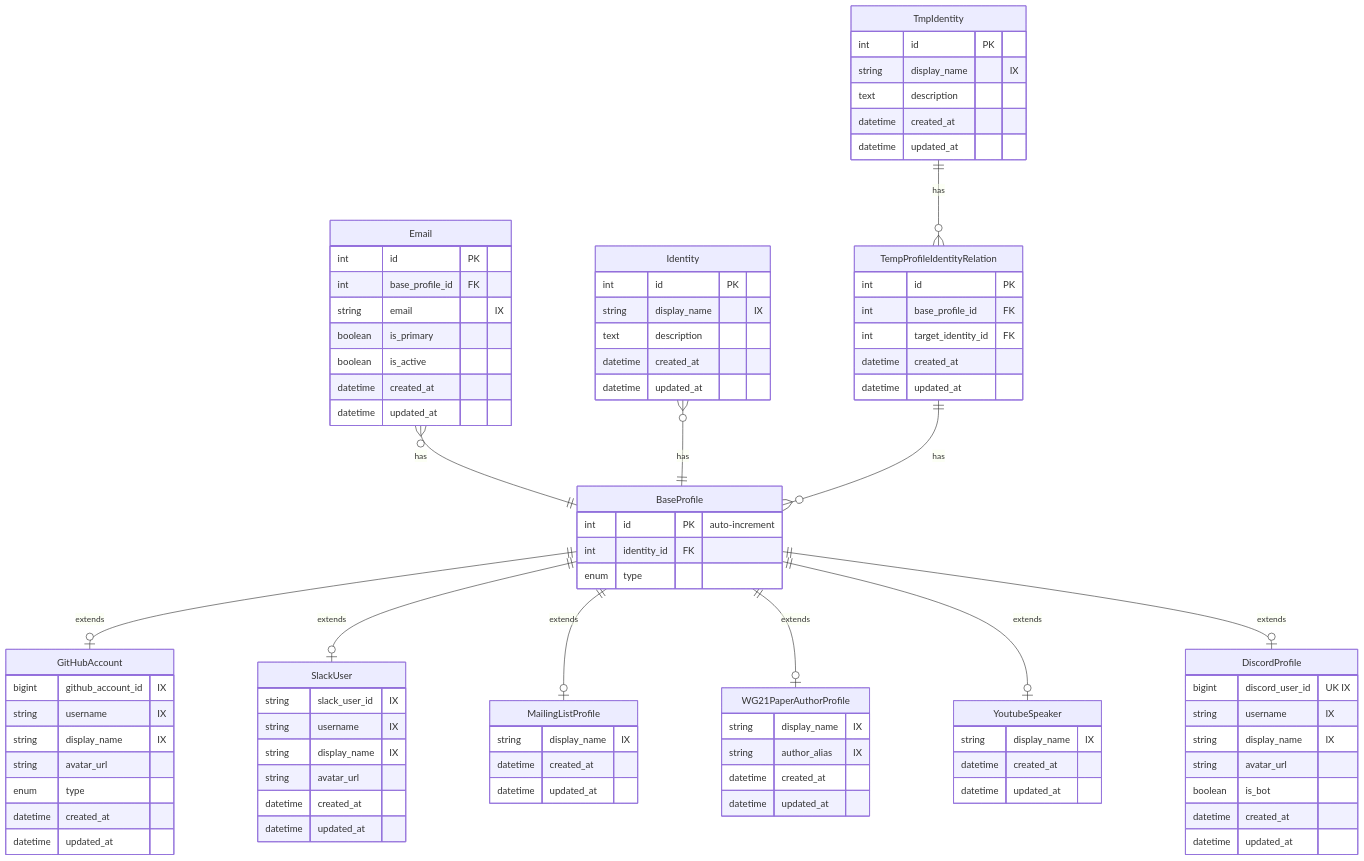
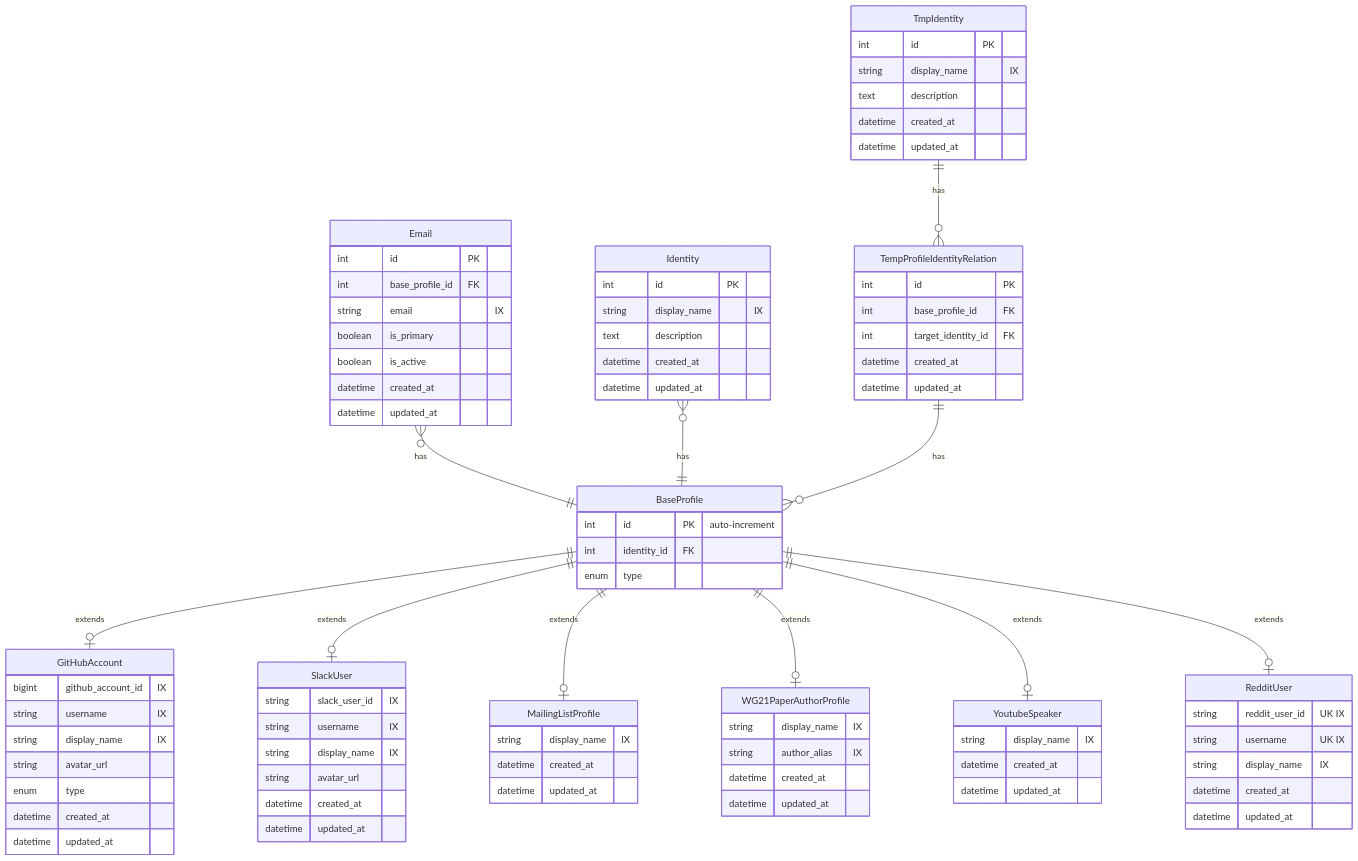
One commit to snowfox1003/boost-data-collector-django changed the first of 15 diagrams in docs/Schema.md. Above: the diagram before and after it, drawn with Mermaid. The commit also changed other lines of this file and 187 other files, not shown here.

```diff
--- a/docs/Schema.md
+++ b/docs/Schema.md
@@ -21,7 +21,7 @@
     BaseProfile ||--o| MailingListProfile : "extends"
     BaseProfile ||--o| WG21PaperAuthorProfile : "extends"
     BaseProfile ||--o| YoutubeSpeaker : "extends"
-    BaseProfile ||--o| DiscordProfile : "extends"
+    BaseProfile ||--o| RedditUser : "extends"
     Identity }o--|| BaseProfile  : "has"
     TempProfileIdentityRelation ||--o{ BaseProfile  : "has"
     TmpIdentity ||--o{ TempProfileIdentityRelation : "has"
@@ -81,12 +81,10 @@
         datetime updated_at
     }
 
-    DiscordProfile {
-        bigint discord_user_id "UK IX"
-        string username "IX"
+    RedditUser {
+        string reddit_user_id "UK IX"
+        string username "UK IX"
         string display_name "IX"
-        string avatar_url
-        boolean is_bot
         datetime created_at
         datetime updated_at
     }
```
